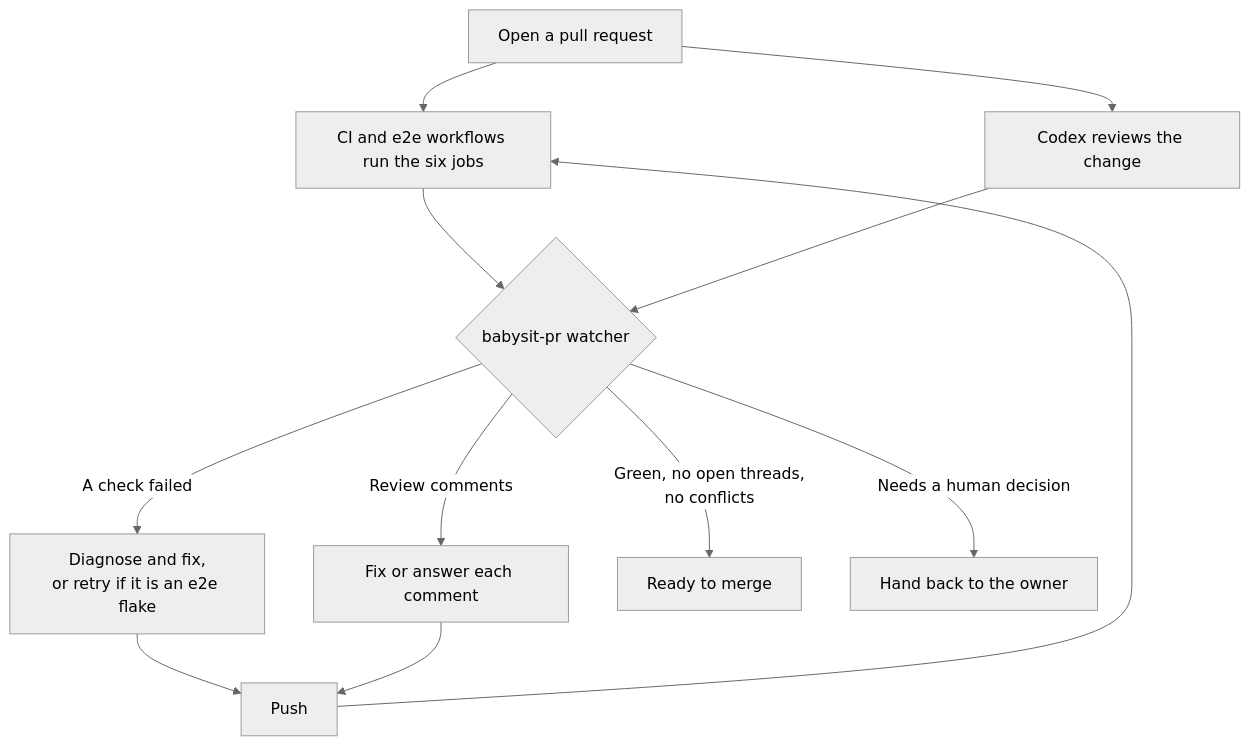
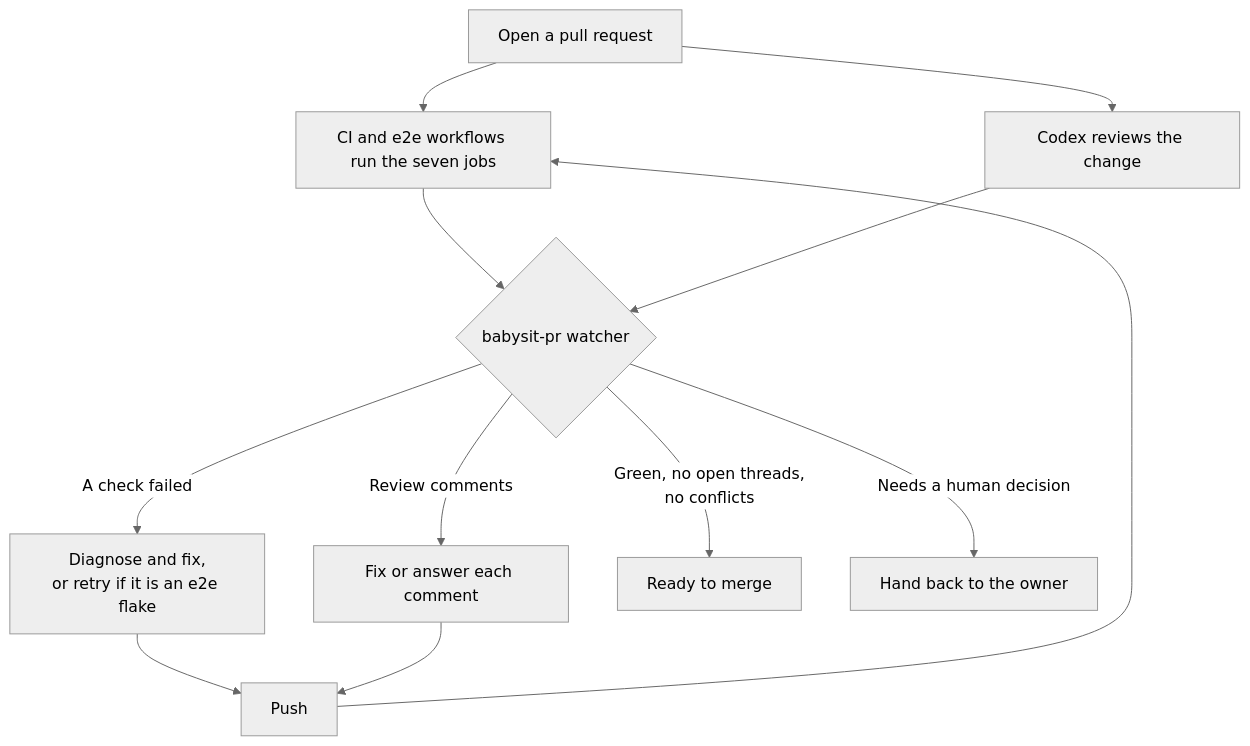
One commit to rock3r/clockblock changed the second of 2 diagrams in docs/testing.md. Above: the diagram before and after it, drawn with Mermaid (neutral theme). The commit also changed other lines of this file and 7 other files, not shown here.

````diff
--- a/docs/testing.md
+++ b/docs/testing.md
@@ -156,14 +158,14 @@
 ```mermaid
 flowchart TD
-    open["Open a pull request"] --> ci["CI and e2e workflows run the six jobs"]
+    open["Open a pull request"] --> ci["CI and e2e workflows run the seven jobs"]
     open --> codex["Codex reviews the change"]
     ci --> watch{"babysit-pr watcher"}
     codex --> watch
     watch -->|"A check failed"| diagnose["Diagnose and fix,<br/>or retry if it is an e2e flake"]
     watch -->|"Review comments"| triage["Fix or answer each comment"]
     diagnose --> push["Push"]
     triage --> push
     push --> ci
     watch -->|"Green, no open threads,<br/>no conflicts"| ready["Ready to merge"]
     watch -->|"Needs a human decision"| owner["Hand back to the owner"]
 ```
````
